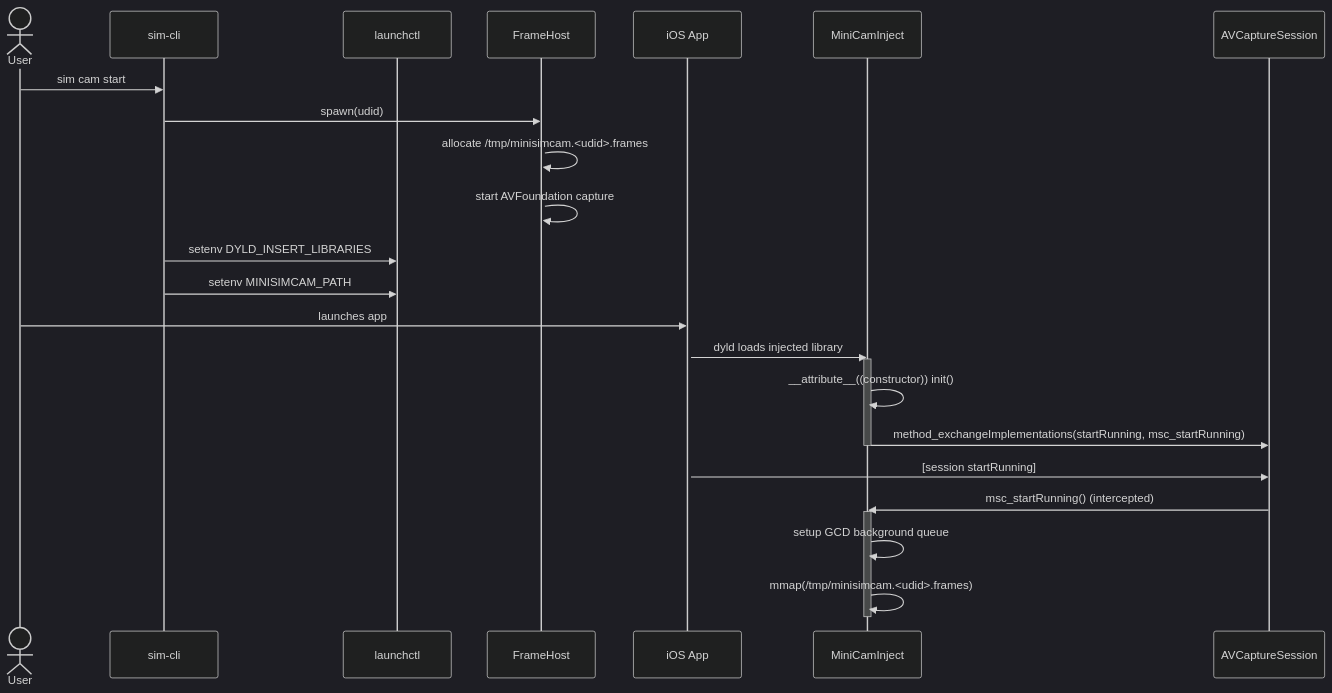
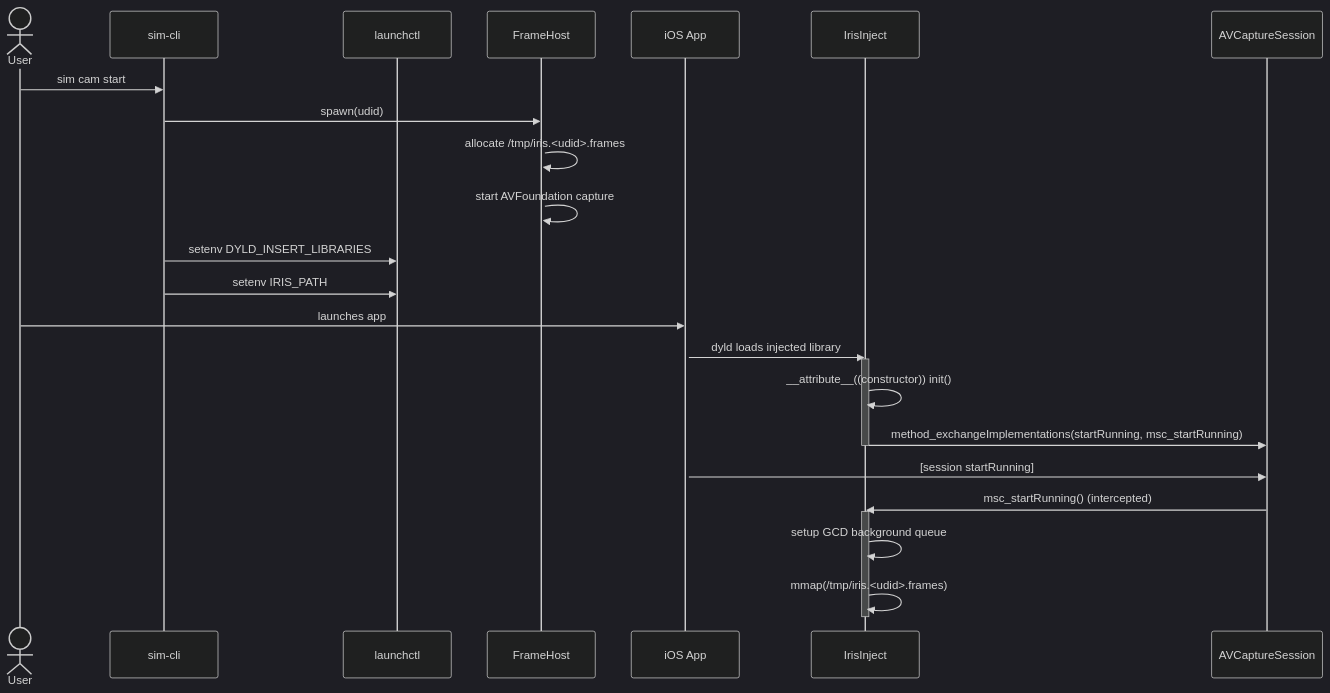
The third of 6 diagrams in docs/SIM_CAM_ARCHITECTURE.md (annurdien/sim-cli), drawn with Mermaid (dark theme) before and after one commit. The commit also changed other lines of this file and 55 other files, not shown here.

````diff
--- a/docs/SIM_CAM_ARCHITECTURE.md
+++ b/docs/SIM_CAM_ARCHITECTURE.md
@@ -134,33 +134,33 @@
 ```mermaid
 sequenceDiagram
     actor User
     participant CLI as sim-cli
     participant LaunchCtl as launchctl
     participant Host as FrameHost
     participant App as iOS App
-    participant Inject as MiniCamInject
+    participant Inject as IrisInject
     participant AV as AVCaptureSession
 
     User->>CLI: sim cam start
     CLI->>Host: spawn(udid)
     activate Host
-    Host->>Host: allocate /tmp/minisimcam.<udid>.frames
+    Host->>Host: allocate /tmp/iris.<udid>.frames
     Host->>Host: start AVFoundation capture
     CLI->>LaunchCtl: setenv DYLD_INSERT_LIBRARIES
-    CLI->>LaunchCtl: setenv MINISIMCAM_PATH
+    CLI->>LaunchCtl: setenv IRIS_PATH
 
     User->>App: launches app
     activate App
     App->>Inject: dyld loads injected library
     activate Inject
     Inject->>Inject: __attribute__((constructor)) init()
     Inject->>AV: method_exchangeImplementations(startRunning, msc_startRunning)
     deactivate Inject
 
     App->>AV: [session startRunning]
     AV->>Inject: msc_startRunning() (intercepted)
     activate Inject
     Inject->>Inject: setup GCD background queue
-    Inject->>Inject: mmap(/tmp/minisimcam.<udid>.frames)
+    Inject->>Inject: mmap(/tmp/iris.<udid>.frames)
     deactivate Inject
 ```
````
